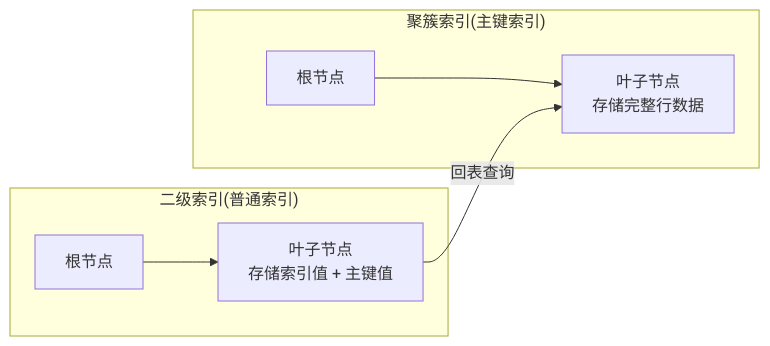
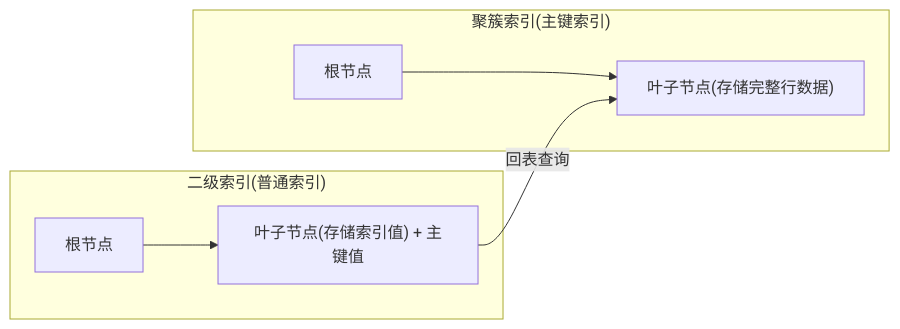
Before and after one commit to b1tzer/b1tzer.github.io: the first of 2 diagrams in docs/03-mysql/02-聚簇索引与覆盖索引.md, drawn with Mermaid. The commit also changed 3 other files, not shown here.

````diff
--- a/docs/03-mysql/02-聚簇索引与覆盖索引.md
+++ b/docs/03-mysql/02-聚簇索引与覆盖索引.md
@@ -22,11 +22,11 @@
 ```mermaid
 flowchart LR
     subgraph "聚簇索引(主键索引)"
-        CI_Root["根节点"] --> CI_Leaf["叶子节点\n存储完整行数据"]
+        CI_Root["根节点"] --> CI_Leaf["叶子节点(存储完整行数据)"]
     end
 
     subgraph "二级索引(普通索引)"
-        SI_Root["根节点"] --> SI_Leaf["叶子节点\n存储索引值 + 主键值"]
+        SI_Root["根节点"] --> SI_Leaf["叶子节点(存储索引值) + 主键值"]
         SI_Leaf -->|回表查询| CI_Leaf
     end
 ```
````
